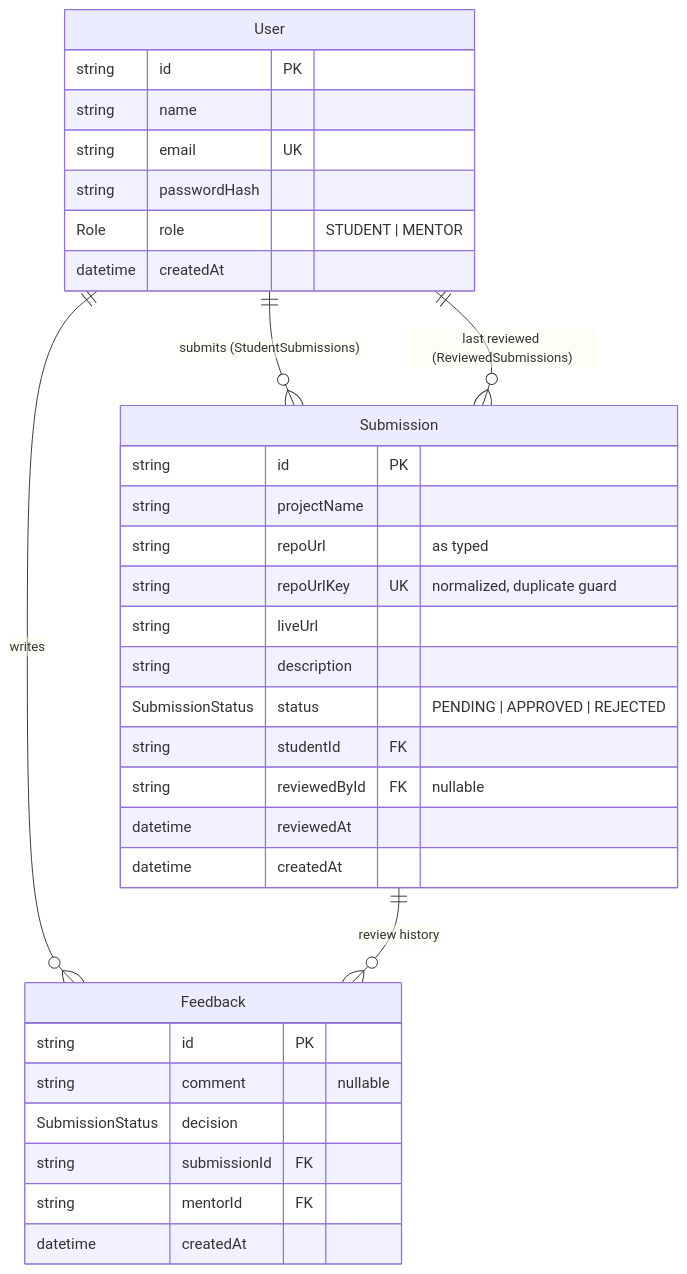
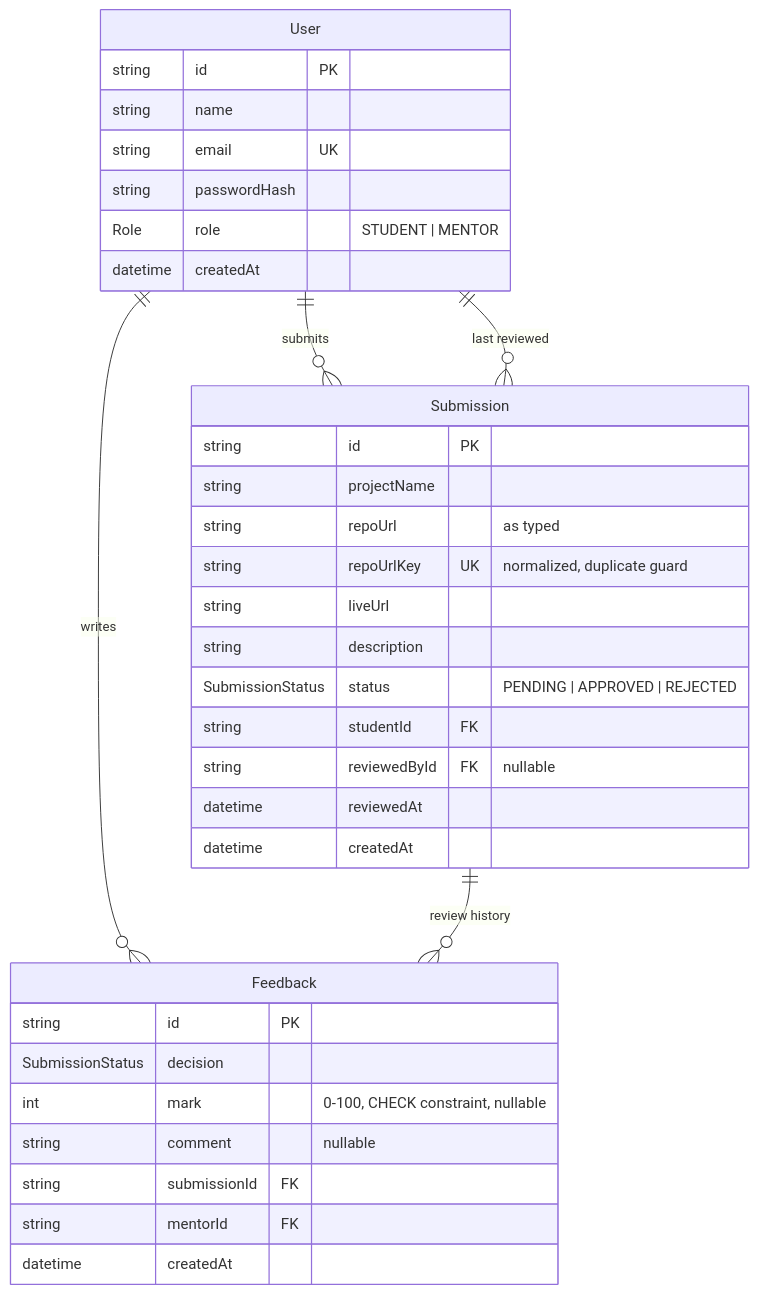
One commit to parvejme24/SubmitDesk changed the fourth of 4 diagrams in README.md. Above: the diagram before and after it, drawn with Mermaid. The commit also changed other lines of this file, not shown here.

````diff
--- a/README.md
+++ b/README.md
@@ -173,37 +204,38 @@
 ```mermaid
 erDiagram
-    User ||--o{ Submission : "submits (StudentSubmissions)"
-    User ||--o{ Submission : "last reviewed (ReviewedSubmissions)"
+    User ||--o{ Submission : "submits"
+    User ||--o{ Submission : "last reviewed"
     User ||--o{ Feedback : writes
     Submission ||--o{ Feedback : "review history"
 
     User {
         string id PK
         string name
         string email UK
         string passwordHash
         Role role "STUDENT | MENTOR"
         datetime createdAt
     }
     Submission {
         string id PK
         string projectName
         string repoUrl "as typed"
         string repoUrlKey UK "normalized, duplicate guard"
         string liveUrl
         string description
         SubmissionStatus status "PENDING | APPROVED | REJECTED"
         string studentId FK
         string reviewedById FK "nullable"
         datetime reviewedAt
         datetime createdAt
     }
     Feedback {
         string id PK
+        SubmissionStatus decision
+        int mark "0-100, CHECK constraint, nullable"
         string comment "nullable"
-        SubmissionStatus decision
         string submissionId FK
         string mentorId FK
         datetime createdAt
     }
 ```
````
